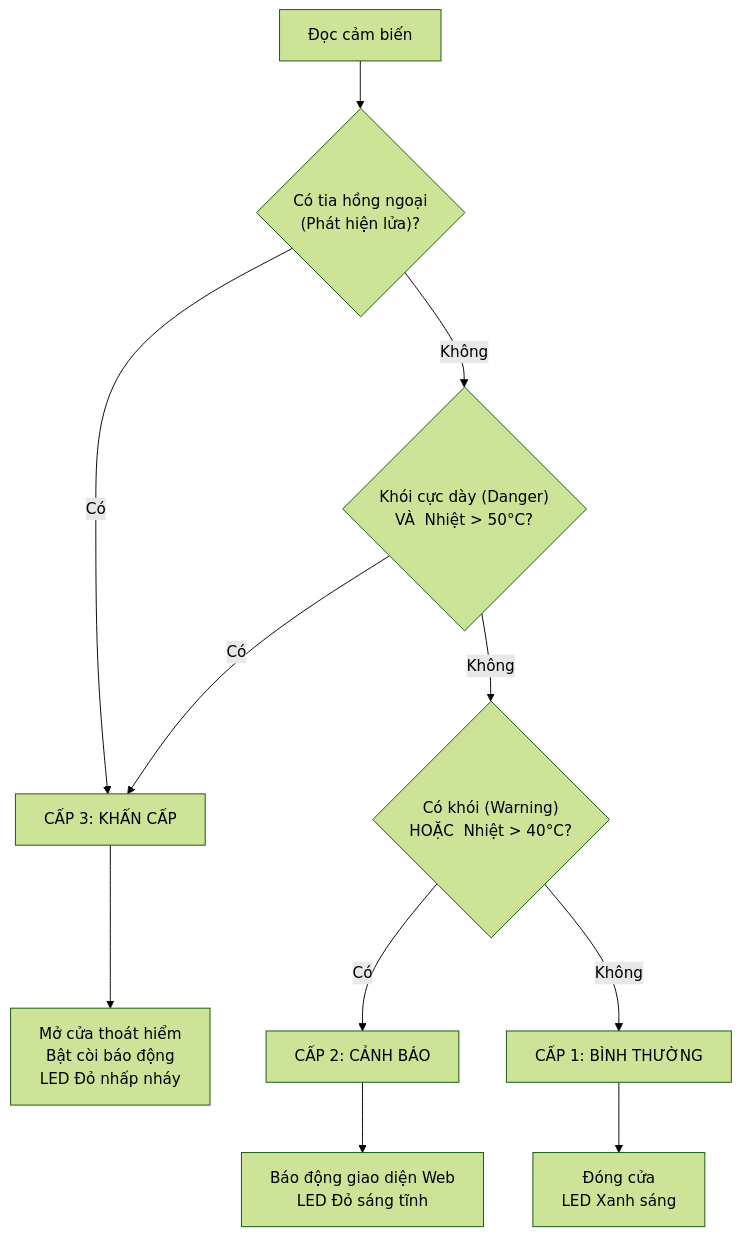
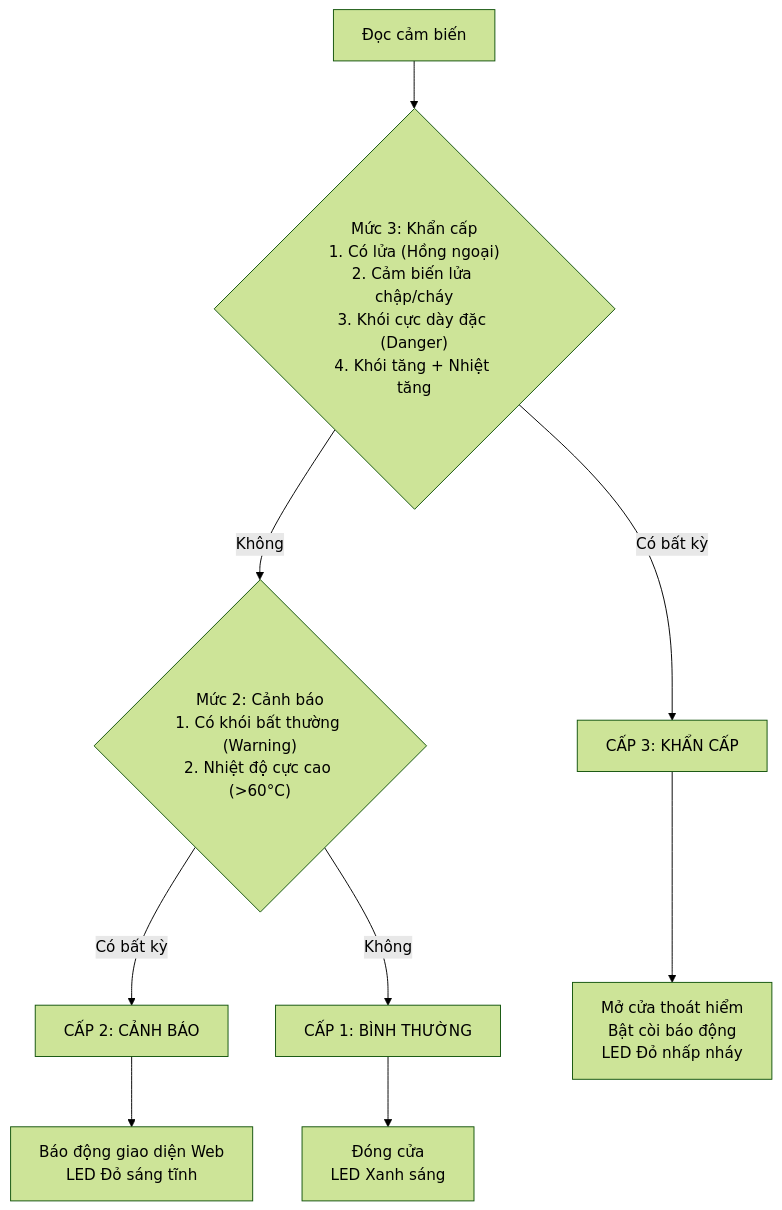
One commit to NhMinh-2610/ESP32-Fire-Alarm-System changed the second of 2 diagrams in docs/ARCHITECTURE.md. Above: the diagram before and after it, drawn with Mermaid (forest theme). The commit also changed 2 other files, not shown here.

Commit message:
Day 1: Optimize ESP32 fire logic and switch flame sensor to analog mode to fix noise

````diff
--- a/docs/ARCHITECTURE.md
+++ b/docs/ARCHITECTURE.md
@@ -81,16 +81,14 @@
 ```mermaid
 graph TD
- START[" Đọc cảm biến"] --> CHECK_FLAME{" Có tia hồng ngoại<br/>(Phát hiện lửa)?"}
- CHECK_FLAME -->|"Có"| LEVEL3[" CẤP 3: KHẨN CẤP"]
+ START[" Đọc cảm biến"] --> CHECK_L3{" Mức 3: Khẩn cấp<br/>1. Có lửa (Hồng ngoại)<br/>2. Cảm biến lửa chập/cháy<br/>3. Khói cực dày đặc (Danger)<br/>4. Khói tăng + Nhiệt tăng"}
+ CHECK_L3 -->|"Có bất kỳ"| LEVEL3[" CẤP 3: KHẨN CẤP"]
  
- CHECK_FLAME -->|"Không"| CHECK_EXTREME{" Khói cực dày (Danger)<br/>VÀ ️ Nhiệt > 50°C?"}
- CHECK_EXTREME -->|"Có"| LEVEL3
+ CHECK_L3 -->|"Không"| CHECK_L2{" Mức 2: Cảnh báo<br/>1. Có khói bất thường (Warning)<br/>2. Nhiệt độ cực cao (>60°C)"}
+ CHECK_L2 -->|"Có bất kỳ"| LEVEL2[" CẤP 2: CẢNH BÁO"]
  
- CHECK_EXTREME -->|"Không"| CHECK_WARNING{" Có khói (Warning)<br/>HOẶC ️ Nhiệt > 40°C?"}
- CHECK_WARNING -->|"Có"| LEVEL2[" CẤP 2: CẢNH BÁO"]
- CHECK_WARNING -->|"Không"| LEVEL1[" CẤP 1: BÌNH THƯỜNG"]
+ CHECK_L2 -->|"Không"| LEVEL1[" CẤP 1: BÌNH THƯỜNG"]
 
  LEVEL3 --> ACTION3[" Mở cửa thoát hiểm<br/> Bật còi báo động<br/> LED Đỏ nhấp nháy"]
  LEVEL2 --> ACTION2[" Báo động giao diện Web<br/> LED Đỏ sáng tĩnh"]
  LEVEL1 --> ACTION1[" Đóng cửa<br/> LED Xanh sáng"]
 ```
````
